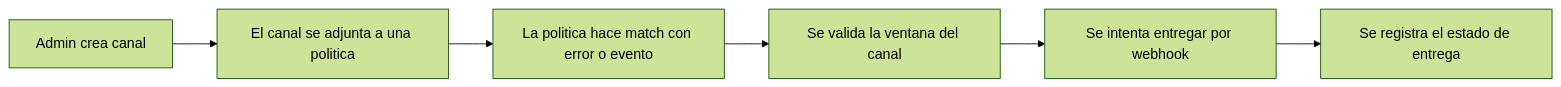
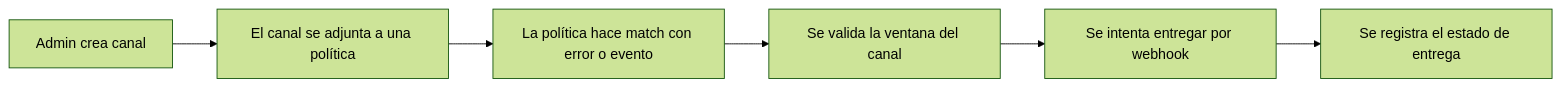
One commit to Moonin-Lab/Moonin-Docs changed the diagram in src/content/docs/es/notifications/index.md. Above: the diagram before and after it, drawn with Mermaid (forest theme). The commit also changed other lines of this file and 84 other files, not shown here.

````diff
--- a/src/content/docs/es/notifications/index.md
+++ b/src/content/docs/es/notifications/index.md
@@ -39,11 +39,11 @@
 ```mermaid
 flowchart LR
     A[Admin crea canal]
-    B[El canal se adjunta a una politica]
-    C[La politica hace match con error o evento]
+    B[El canal se adjunta a una política]
+    C[La política hace match con error o evento]
     D[Se valida la ventana del canal]
     E[Se intenta entregar por webhook]
     F[Se registra el estado de entrega]
 
     A --> B --> C --> D --> E --> F
 ```
````
